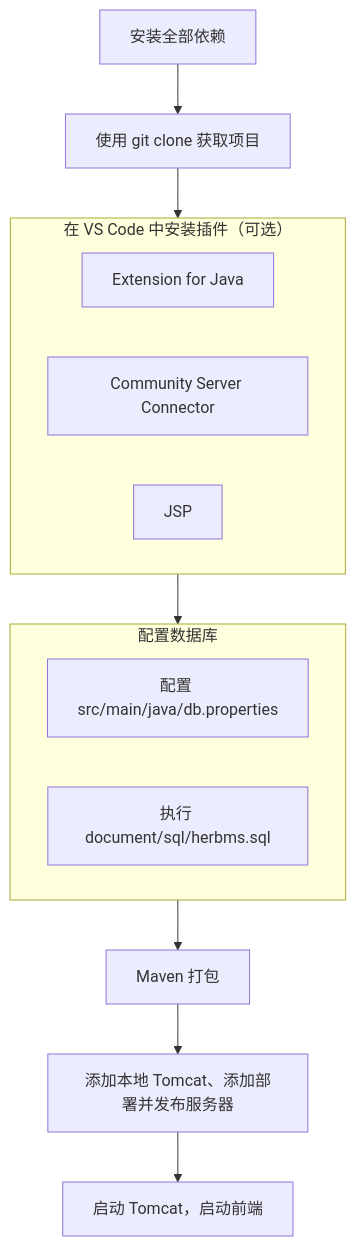
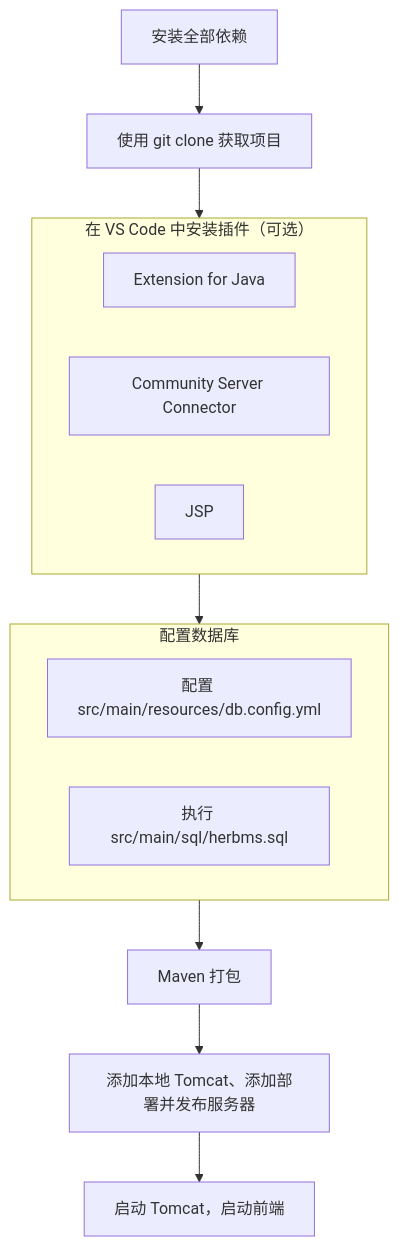
One commit to penyoofficial/HerbMS-BE changed the first of 2 diagrams in README.md. Above: the diagram before and after it, drawn with Mermaid. The commit also changed other lines of this file and 31 other files, not shown here.

````diff
--- a/README.md
+++ b/README.md
@@ -21,18 +21,18 @@
 ```mermaid
 graph
     s1["安装全部依赖"]
     s2["使用 git clone 获取项目"]
     subgraph s3["在 VS Code 中安装插件（可选）"]
         s3.1["Extension for Java"]
         s3.2["Community Server Connector"]
         s3.3["JSP"]
     end
     subgraph s4["配置数据库"]
-        s4.1["配置 src/main/java/db.properties"]
-        s4.2["执行 document/sql/herbms.sql"]
+        s4.1["配置 src/main/resources/db.config.yml"]
+        s4.2["执行 src/main/sql/herbms.sql"]
     end
     s5["Maven 打包"]
     s6["添加本地 Tomcat、添加部署并发布服务器"]
     s7["启动 Tomcat，启动前端"]
     s1 --> s2 --> s3 --> s4 --> s5 --> s6 --> s7
 ```
````
